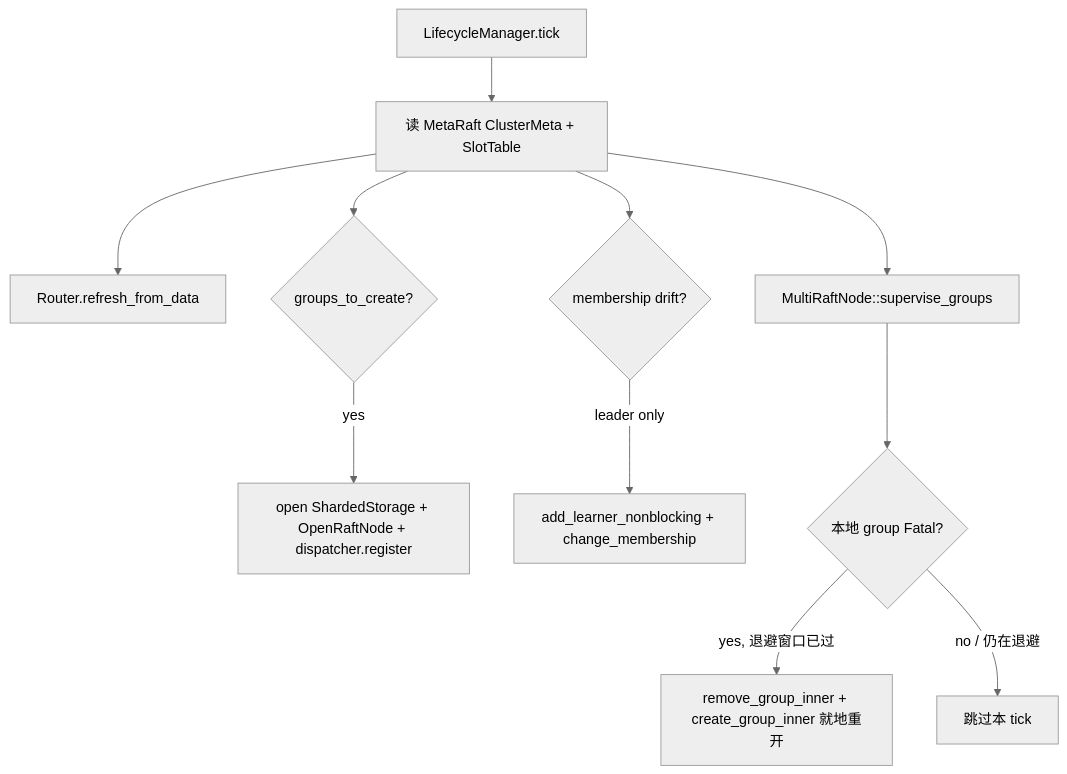
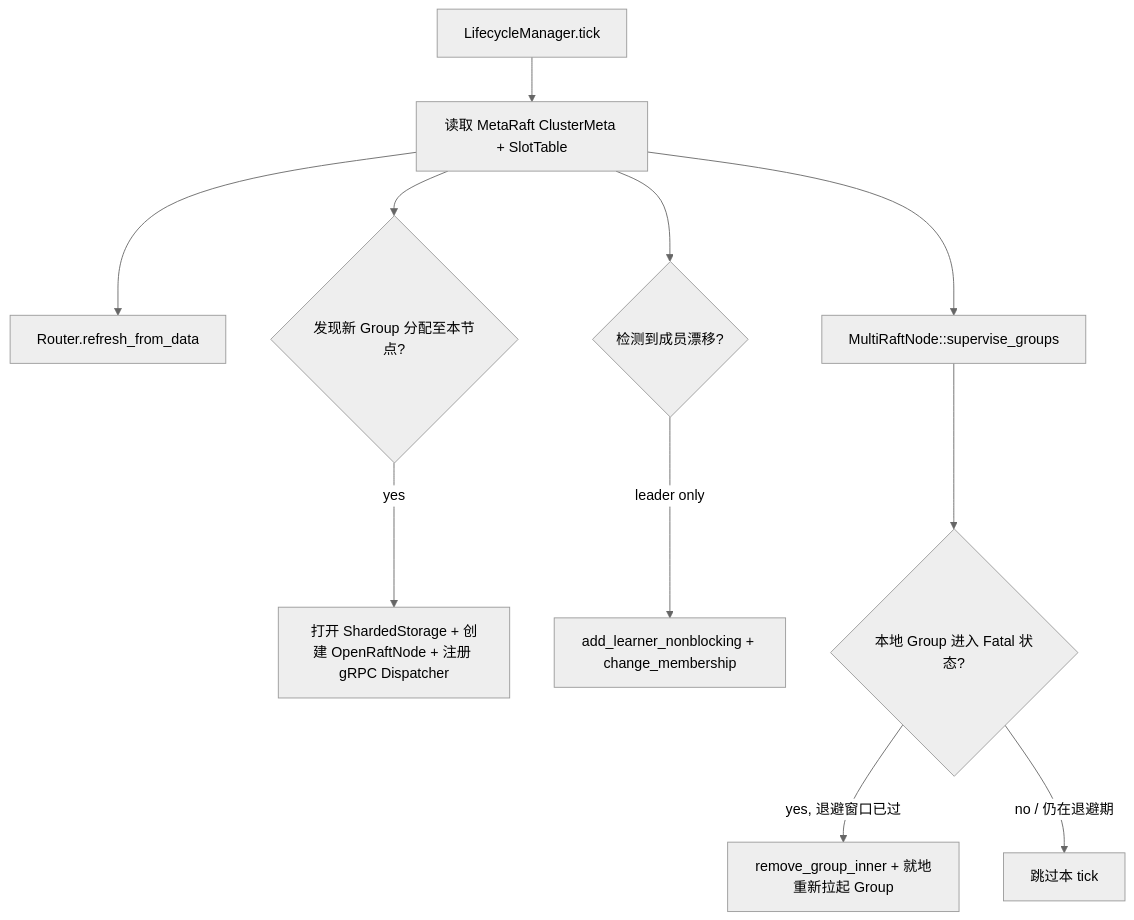
Before and after one commit to Genuineh/AiDb: the fourth of 4 diagrams in docs/modules/03-cluster.md, drawn with Mermaid (neutral theme). The commit also changed other lines of this file and 15 other files, not shown here.

````diff
--- a/docs/modules/03-cluster.md
+++ b/docs/modules/03-cluster.md
@@ -140,13 +139,13 @@
 ```mermaid
 flowchart TD
-  T[LifecycleManager.tick] --> M[读 MetaRaft ClusterMeta + SlotTable]
-  M --> R[Router.refresh_from_data]
-  M --> C{groups_to_create?}
-  C -->|yes| O[open ShardedStorage + OpenRaftNode + dispatcher.register]
-  M --> D{membership drift?}
-  D -->|leader only| A[add_learner_nonblocking + change_membership]
-  M --> H[MultiRaftNode::supervise_groups]
-  H --> F{本地 group Fatal?}
-  F -->|yes, 退避窗口已过| RS[remove_group_inner + create_group_inner 就地重开]
-  F -->|no / 仍在退避| SKIP[跳过本 tick]
+    T[LifecycleManager.tick] --> M[读取 MetaRaft ClusterMeta + SlotTable]
+    M --> R[Router.refresh_from_data]
+    M --> C{发现新 Group 分配至本节点?}
+    C -->|yes| O[打开 ShardedStorage + 创建 OpenRaftNode + 注册 gRPC Dispatcher]
+    M --> D{检测到成员漂移?}
+    D -->|leader only| A[add_learner_nonblocking + change_membership]
+    M --> H[MultiRaftNode::supervise_groups]
+    H --> F{本地 Group 进入 Fatal 状态?}
+    F -->|yes, 退避窗口已过| RS[remove_group_inner + 就地重新拉起 Group]
+    F -->|no / 仍在退避期| SKIP[跳过本 tick]
 ```
````
